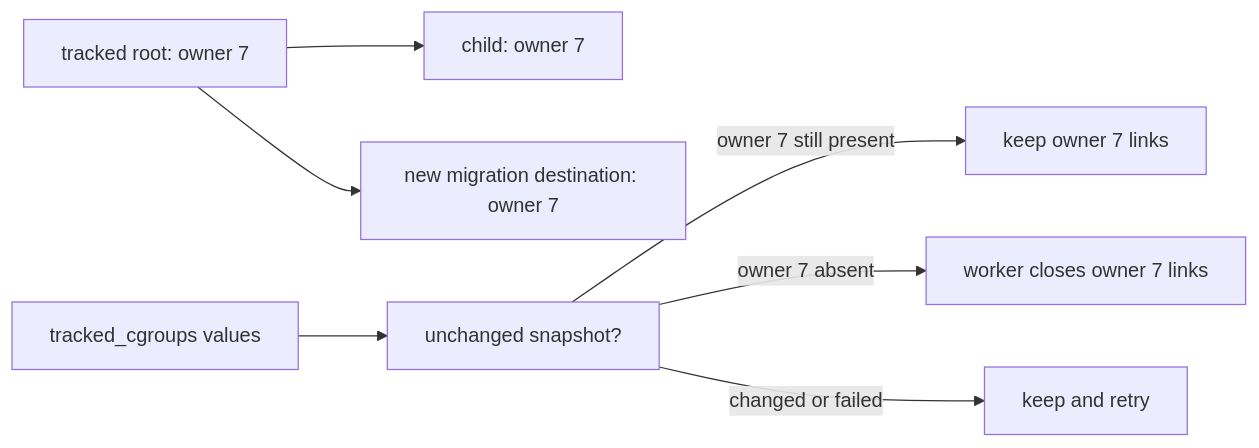
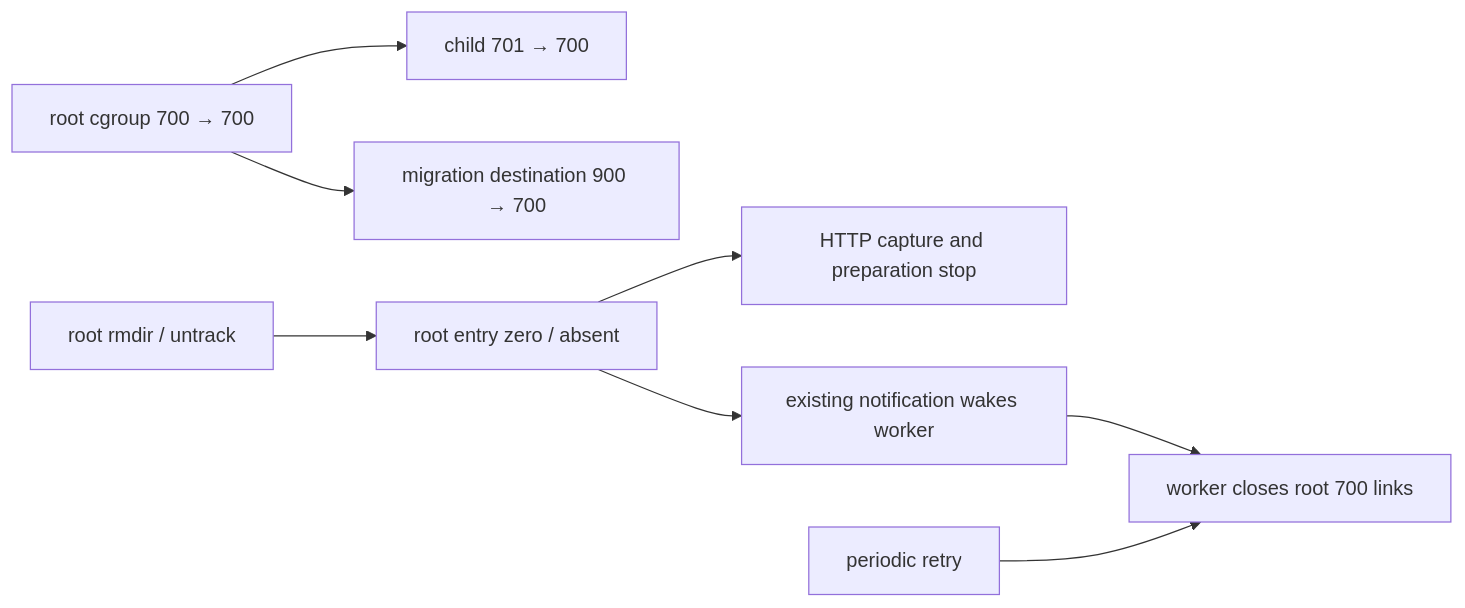
Before and after one commit to cicd-sensor/cicd-sensor: the fifth of 5 diagrams in docs/developer-guide/ebpf/http-uprobes.md, drawn with Mermaid. The commit also changed other lines of this file and 63 other files, not shown here.

Commit message:
refactor(agent): unify HTTP preparation around PID and root cgroups

````diff
--- a/docs/developer-guide/ebpf/http-uprobes.md
+++ b/docs/developer-guide/ebpf/http-uprobes.md
@@ -469,9 +513,10 @@
 ```mermaid
 flowchart LR
-    ROOT["tracked root: owner 7"] --> CHILD["child: owner 7"]
-    ROOT --> MOVED["new migration destination: owner 7"]
-    TRACKED["tracked_cgroups values"] --> SNAP["unchanged snapshot?"]
-    SNAP -->|"owner 7 still present"| KEEP["keep owner 7 links"]
-    SNAP -->|"owner 7 absent"| CLOSE["worker closes owner 7 links"]
-    SNAP -->|"changed or failed"| RETRY["keep and retry"]
+    ROOT["root cgroup 700 → 700"] --> CHILD["child 701 → 700"]
+    ROOT --> MOVED["migration destination 900 → 700"]
+    END["root rmdir / untrack"] --> OFF["root entry zero / absent"]
+    OFF --> GATE["HTTP capture and preparation stop"]
+    OFF --> WAKE["existing notification wakes worker"]
+    WAKE --> CLOSE["worker closes root 700 links"]
+    TICK["periodic retry"] --> CLOSE
 ```
````
